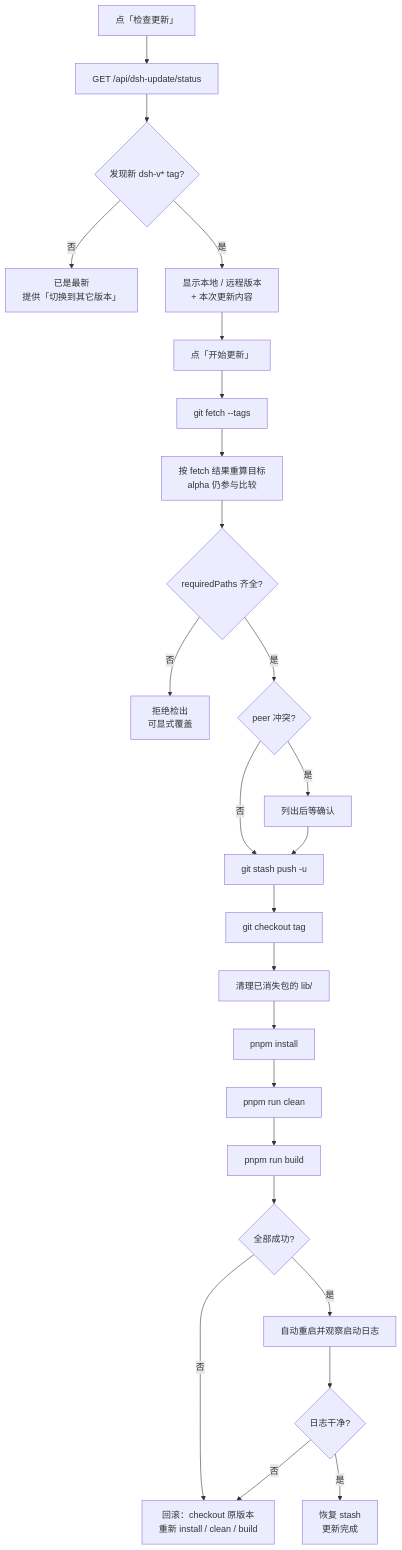
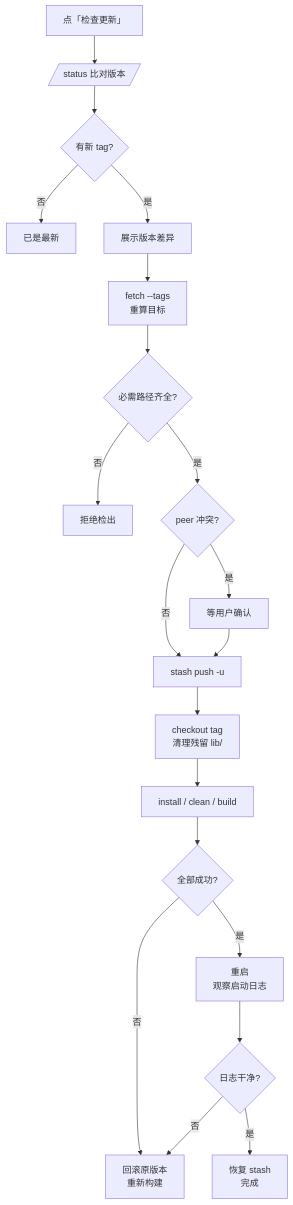
Before and after one commit to Zhucy123/dsh-update: the diagram in README.md, drawn with Mermaid.

Commit message:
docs: 收紧流程图节点文字
原来的标签带 <br/> 强制换行，在 GitHub 的 mermaid 渲染里被挤成三行一个方框，整张图拉得很长。改成短标签，让布局自动决定换行。

````diff
--- a/README.md
+++ b/README.md
@@ -219,27 +219,22 @@
 ```mermaid
 flowchart TD
-    A[点「检查更新」] --> B[GET /api/dsh-update/status]
-    B --> C{发现新 dsh-v* tag?}
-    C -- 否 --> D[已是最新<br/>提供「切换到其它版本」]
-    C -- 是 --> E[显示本地 / 远程版本<br/>+ 本次更新内容]
-    E --> F[点「开始更新」]
-    F --> G[git fetch --tags]
-    G --> R[按 fetch 结果重算目标<br/>alpha 仍参与比较]
-    R --> P{requiredPaths 齐全?}
-    P -- 否 --> Q[拒绝检出<br/>可显式覆盖]
-    P -- 是 --> PE{peer 冲突?}
-    PE -- 是 --> PF[列出后等确认]
-    PE -- 否 --> S[git stash push -u]
-    PF --> S
-    S --> H[git checkout tag]
-    H --> OL[清理已消失包的 lib/]
-    OL --> I[pnpm install]
-    I --> J[pnpm run clean]
-    J --> K[pnpm run build]
-    K --> L{全部成功?}
-    L -- 否 --> M[回滚：checkout 原版本<br/>重新 install / clean / build]
-    L -- 是 --> N[自动重启并观察启动日志]
-    N --> O{日志干净?}
-    O -- 否 --> M
-    O -- 是 --> T[恢复 stash<br/>更新完成]
+    A[点「检查更新」] --> B[/status 比对版本/]
+    B --> C{有新 tag?}
+    C -- 否 --> D[已是最新]
+    C -- 是 --> E[展示版本差异]
+    E --> F[fetch --tags<br/>重算目标]
+    F --> G{必需路径齐全?}
+    G -- 否 --> H[拒绝检出]
+    G -- 是 --> I{peer 冲突?}
+    I -- 是 --> J[等用户确认]
+    I -- 否 --> K[stash push -u]
+    J --> K
+    K --> L[checkout tag<br/>清理残留 lib/]
+    L --> M[install / clean / build]
+    M --> N{全部成功?}
+    N -- 否 --> O[回滚原版本<br/>重新构建]
+    N -- 是 --> P[重启<br/>观察启动日志]
+    P --> Q{日志干净?}
+    Q -- 否 --> O
+    Q -- 是 --> R[恢复 stash<br/>完成]
 ```
````
